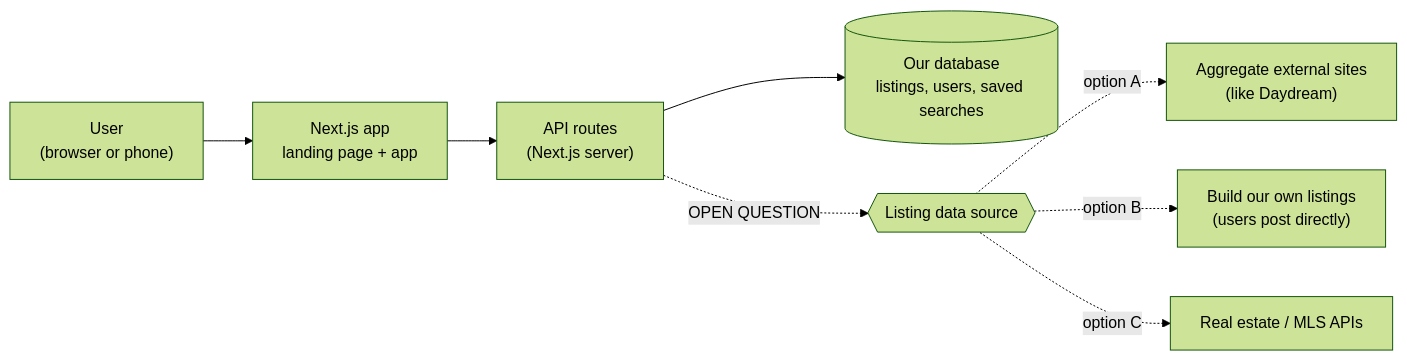
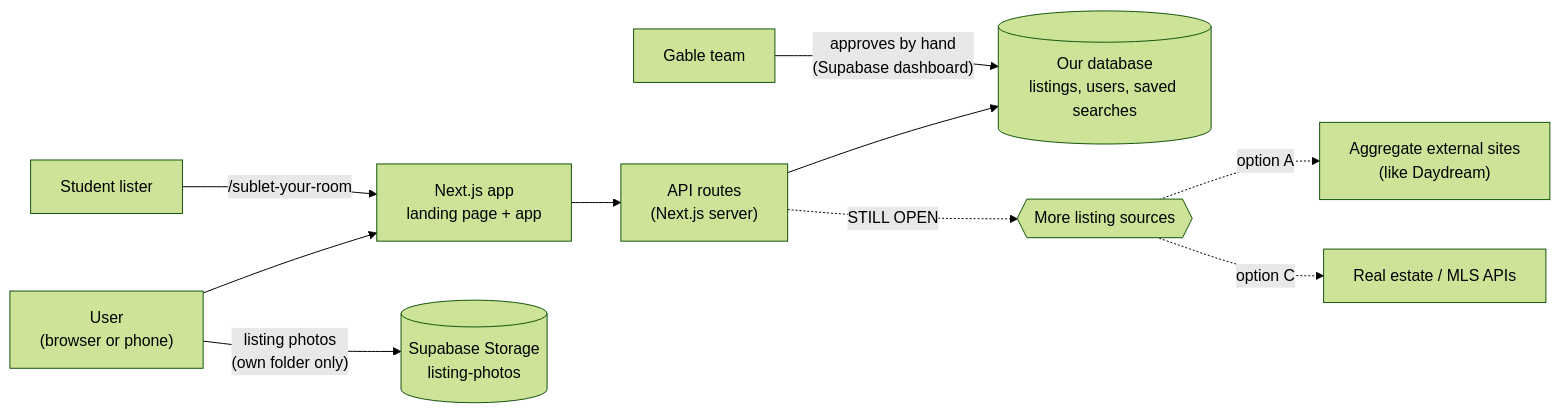
One commit to sam-hearst/gable changed the diagram in diagrams/system_overview.md. Above: the diagram before and after it, drawn with Mermaid (forest theme). The commit also changed other lines of this file and 5 other files, not shown here.

First line of the commit message:
Document List your room: setup, approval steps and feature record

````diff
--- a/diagrams/system_overview.md
+++ b/diagrams/system_overview.md
@@ -5,10 +5,12 @@
 ```mermaid
 flowchart LR
     user["User<br/>(browser or phone)"] --> web["Next.js app<br/>landing page + app"]
     web --> api["API routes<br/>(Next.js server)"]
     api --> db[("Our database<br/>listings, users, saved searches")]
-    api -. "OPEN QUESTION" .-> source{{"Listing data source"}}
+    user -- "listing photos<br/>(own folder only)" --> photos[("Supabase Storage<br/>listing-photos")]
+    lister["Student lister"] -- "/sublet-your-room" --> web
+    team["Gable team"] -- "approves by hand<br/>(Supabase dashboard)" --> db
+    api -. "STILL OPEN" .-> source{{"More listing sources"}}
     source -. option A .-> agg["Aggregate external sites<br/>(like Daydream)"]
-    source -. option B .-> own["Build our own listings<br/>(users post directly)"]
     source -. option C .-> apis["Real estate / MLS APIs"]
 ```
````
